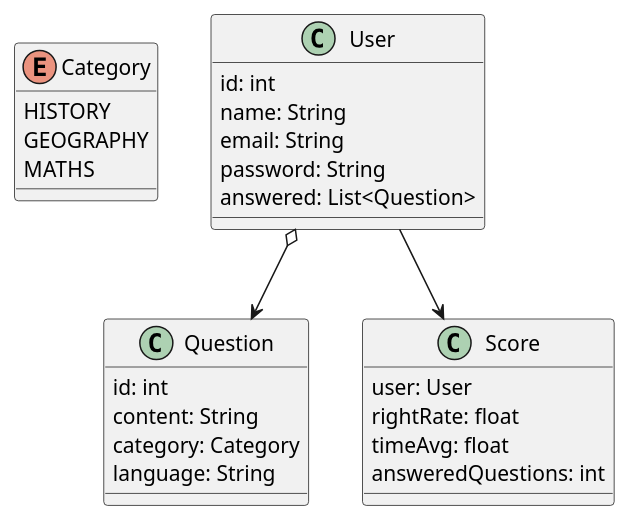
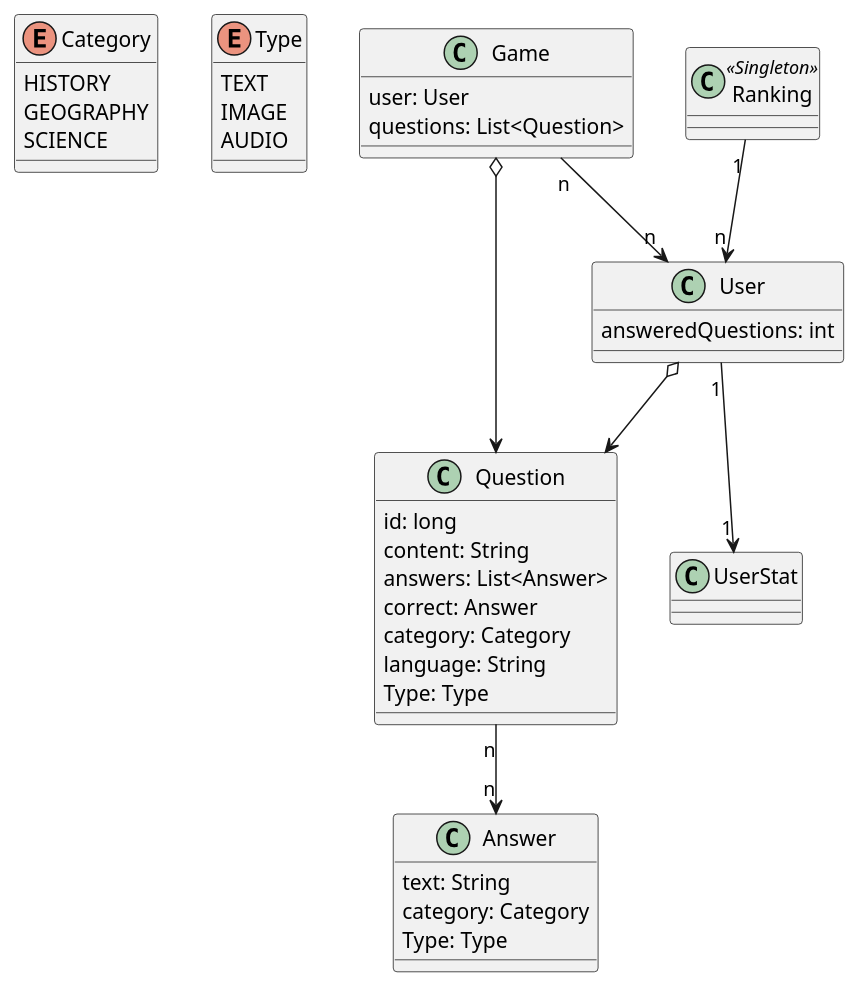
Before and after one commit to Arquisoft/wiq_en2b: the diagram in docs/src/08_concepts.adoc, drawn with PlantUML. The commit also changed other lines of this file, not shown here.

Commit message:
chore: Updated the UML diagram

```diff
--- a/docs/src/08_concepts.adoc
+++ b/docs/src/08_concepts.adoc
@@ -9,37 +9,58 @@
 [plantuml,"ConceptsDomainModel1",png]
 ----
 @startuml
 
 enum Category {
     HISTORY
     GEOGRAPHY
-    MATHS
+    SCIENCE
+}
+
+enum Type {
+    TEXT
+    IMAGE
+    AUDIO
 }
 
 class Question{
-    id: int
+    id: long
     content: String
+    answers: List<Answer>
+    correct: Answer
     category: Category
     language: String
+    Type: Type
 }
 
 class User{
-    id: int
-    name: String
-    email: String
-    password: String
-    answered: List<Question>
-}
-
-class Score{
-    user: User
-    rightRate: float
-    timeAvg: float
     answeredQuestions: int
 }
 
-User o--> Question
-User --> Score
+class UserStat{
+}
+
+class Answer {
+    text: String
+    category: Category
+    Type: Type
+}
+
+class Game {
+    user: User
+    questions: List<Question>
+}
+
+
+class Ranking << Singleton >> {
+    
+}
+
+User  o--> Question
+User "1" --> "1" UserStat
+Game  o--> Question
+Game "n" --> "n" User
+Question "n" --> "n" Answer
+Ranking "1" --> "n" User
 
 @enduml
 ----
```
